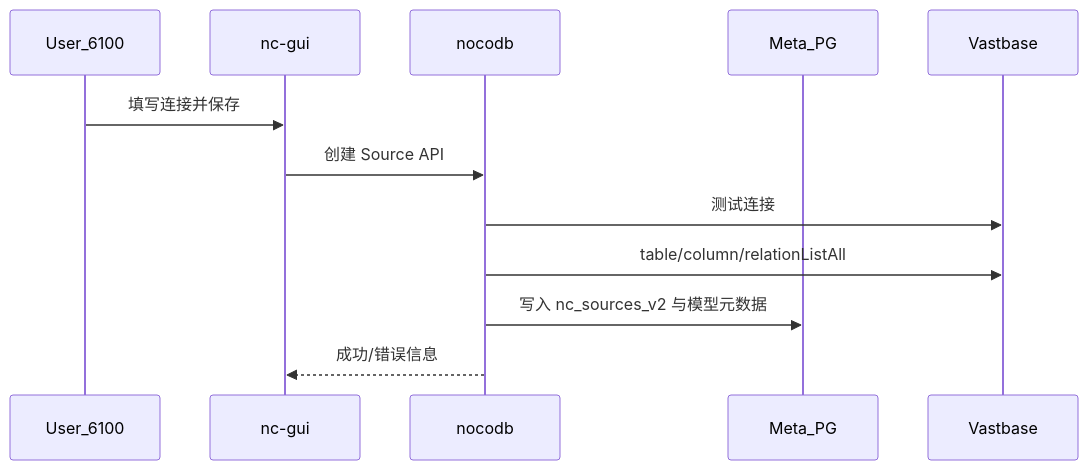
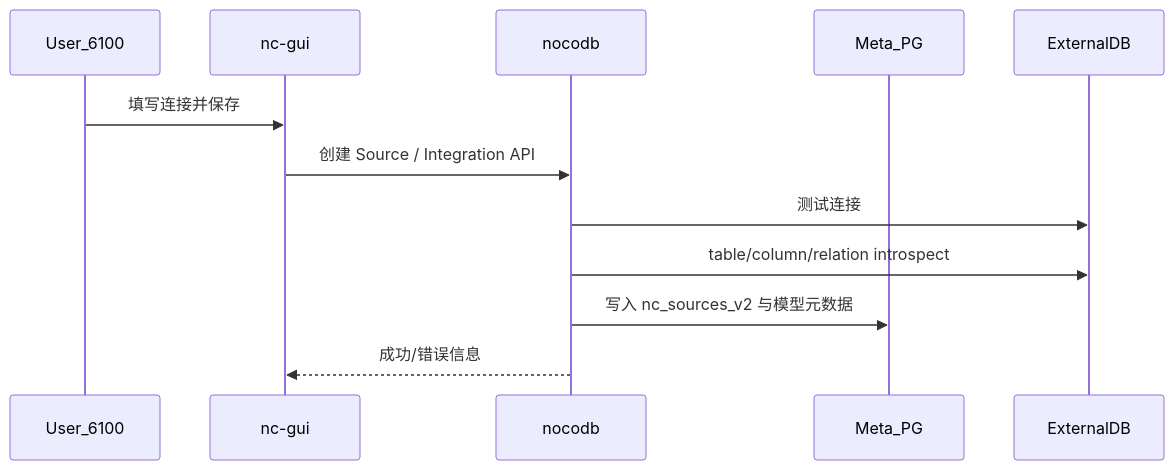
Before and after one commit to TristanTong/nocodb: the diagram in docs/04-详细设计文档.md, drawn with Mermaid. The commit also changed other lines of this file and 10 other files, not shown here.

````diff
--- a/docs/04-详细设计文档.md
+++ b/docs/04-详细设计文档.md
@@ -133,14 +155,14 @@
 ```mermaid
 sequenceDiagram
   participant U as User_6100
   participant FE as nc-gui
   participant BE as nocodb
   participant Meta as Meta_PG
-  participant DS as Vastbase
+  participant DS as ExternalDB
   U->>FE: 填写连接并保存
-  FE->>BE: 创建 Source API
+  FE->>BE: 创建 Source / Integration API
   BE->>DS: 测试连接
-  BE->>DS: table/column/relationListAll
+  BE->>DS: table/column/relation introspect
   BE->>Meta: 写入 nc_sources_v2 与模型元数据
   BE-->>FE: 成功/错误信息
 ```
````
